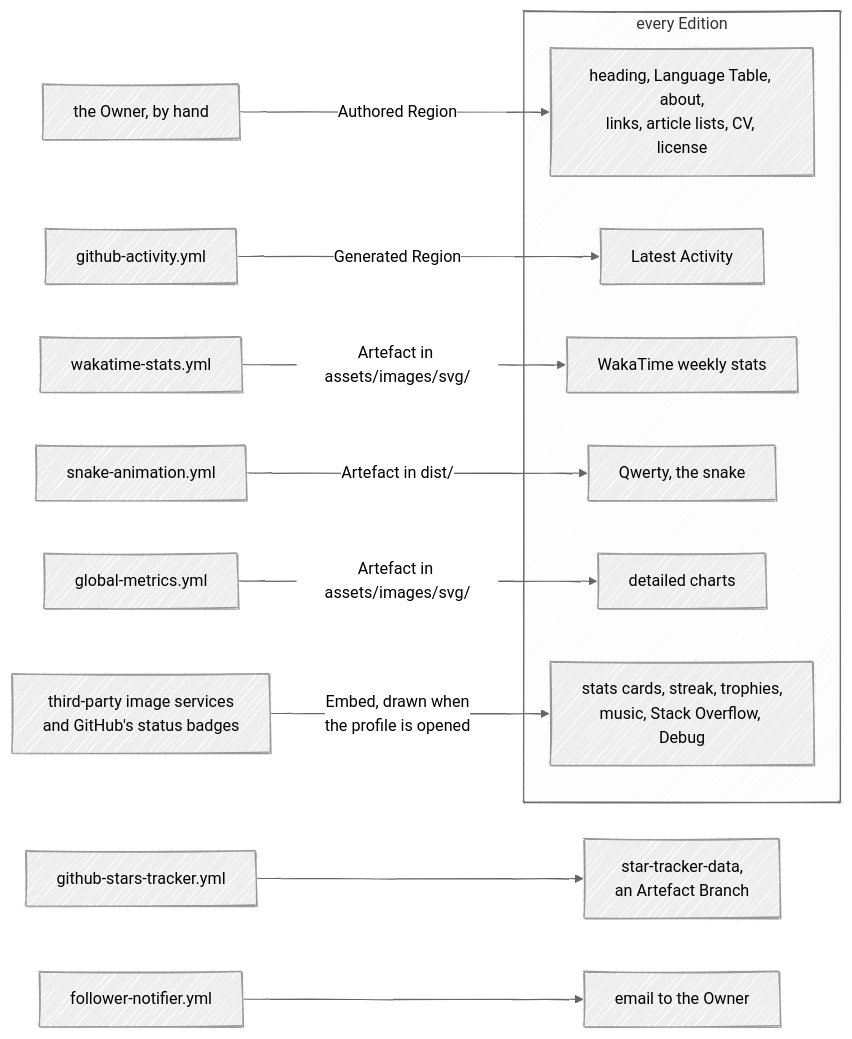
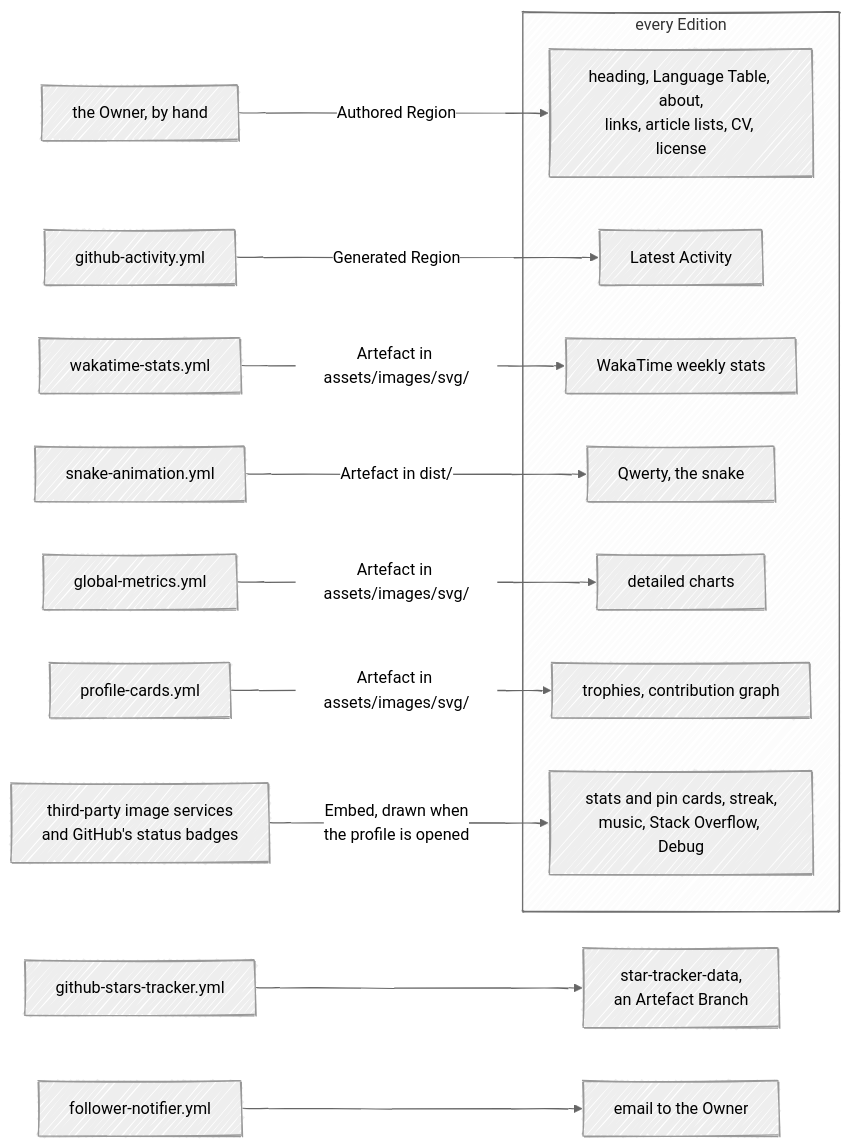
Before and after one commit to fbuireu/fbuireu: the first of 10 diagrams in ARCHITECTURE.md, drawn with Mermaid (neutral theme). The commit also changed other lines of this file and 10 other files, not shown here.

First line of the commit message:
feat: render the trophies and the contribution graph as Artefacts, and add recent contributions

````diff
--- a/ARCHITECTURE.md
+++ b/ARCHITECTURE.md
@@ -14,24 +14,26 @@
 ```mermaid
 ---
 config:
   look: handDrawn
   layout: dagre
 ---
 flowchart LR
     owner["the Owner, by hand"] -->|"Authored Region"| authored
     ga["github-activity.yml"] -->|"Generated Region"| activity
     ws["wakatime-stats.yml"] -->|"Artefact in assets/images/svg/"| waka
     sa["snake-animation.yml"] -->|"Artefact in dist/"| snake
     gm["global-metrics.yml"] -->|"Artefact in assets/images/svg/"| metrics
+    pc["profile-cards.yml"] -->|"Artefact in assets/images/svg/"| cards
     third["third-party image services<br/>and GitHub's status badges"] -->|"Embed, drawn when<br/>the profile is opened"| embeds
     subgraph edition["every Edition"]
         authored["heading, Language Table, about,<br/>links, article lists, CV, license"]
         activity["Latest Activity"]
-        embeds["stats cards, streak, trophies,<br/>music, Stack Overflow, Debug"]
+        embeds["stats and pin cards, streak,<br/>music, Stack Overflow, Debug"]
         waka["WakaTime weekly stats"]
         snake["Qwerty, the snake"]
         metrics["detailed charts"]
+        cards["trophies, contribution graph"]
     end
     st["github-stars-tracker.yml"] --> branch["star-tracker-data,<br/>an Artefact Branch"]
     fn["follower-notifier.yml"] --> mail["email to the Owner"]
 ```
````
